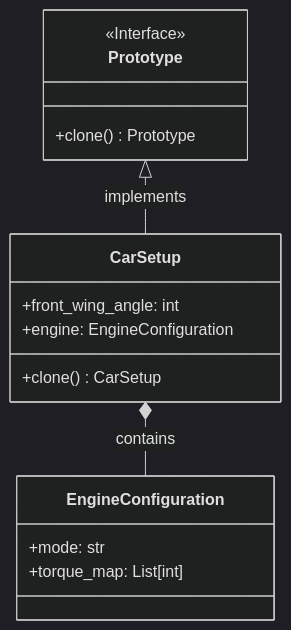
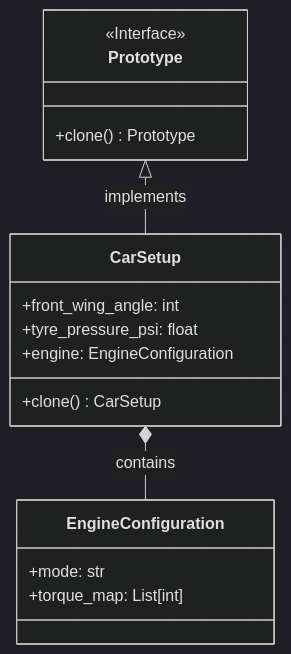
Before and after one commit to 06luki06/F1-Engineering-Lab: the first of 2 diagrams in 01-Design-Patterns/01-Creational/Prototype/README.md, drawn with Mermaid (dark theme). The commit also changed 2 other files, not shown here.

Commit message:
Add tyre_pressure_psi attribute to CarSetup and update tests for cloning

````diff
--- a/01-Design-Patterns/01-Creational/Prototype/README.md
+++ b/01-Design-Patterns/01-Creational/Prototype/README.md
@@ -53,21 +53,22 @@
 ```mermaid
 classDiagram
     class Prototype {
         <<Interface>>
         +clone() Prototype
     }
 
     class EngineConfiguration {
         +mode: str
         +torque_map: List[int]
     }
 
     class CarSetup {
         +front_wing_angle: int
+        +tyre_pressure_psi: float
         +engine: EngineConfiguration
         +clone() CarSetup
     }
 
     Prototype <|-- CarSetup : implements
     CarSetup *-- EngineConfiguration : contains
 ```
````
